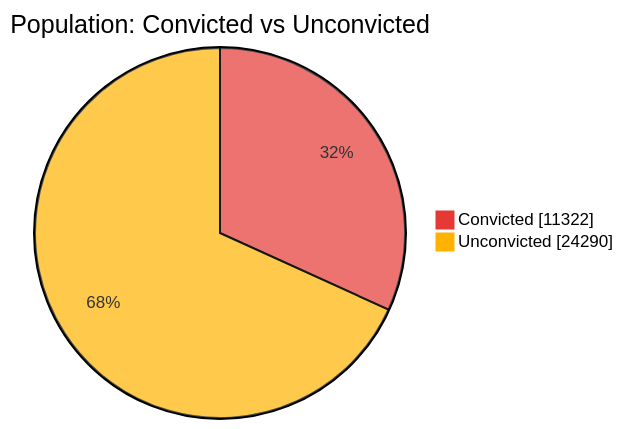
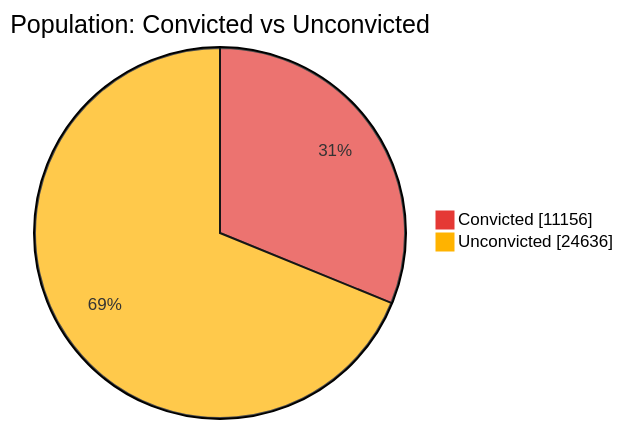
Before and after one commit to nuuuwan/lk_prisons: the first of 7 diagrams in README.md, drawn with Mermaid. The commit also changed other lines of this file and 1 other file, not shown here.

````diff
--- a/README.md
+++ b/README.md
@@ -43,6 +43,6 @@
 ```mermaid
 %%{init: {'themeVariables': {'pie1': '#E53935', 'pie2': '#FFB300'}}}%%
 pie showData title Population: Convicted vs Unconvicted
-    "Convicted" : 11322
-    "Unconvicted" : 24290
+    "Convicted" : 11156
+    "Unconvicted" : 24636
 ```
````
